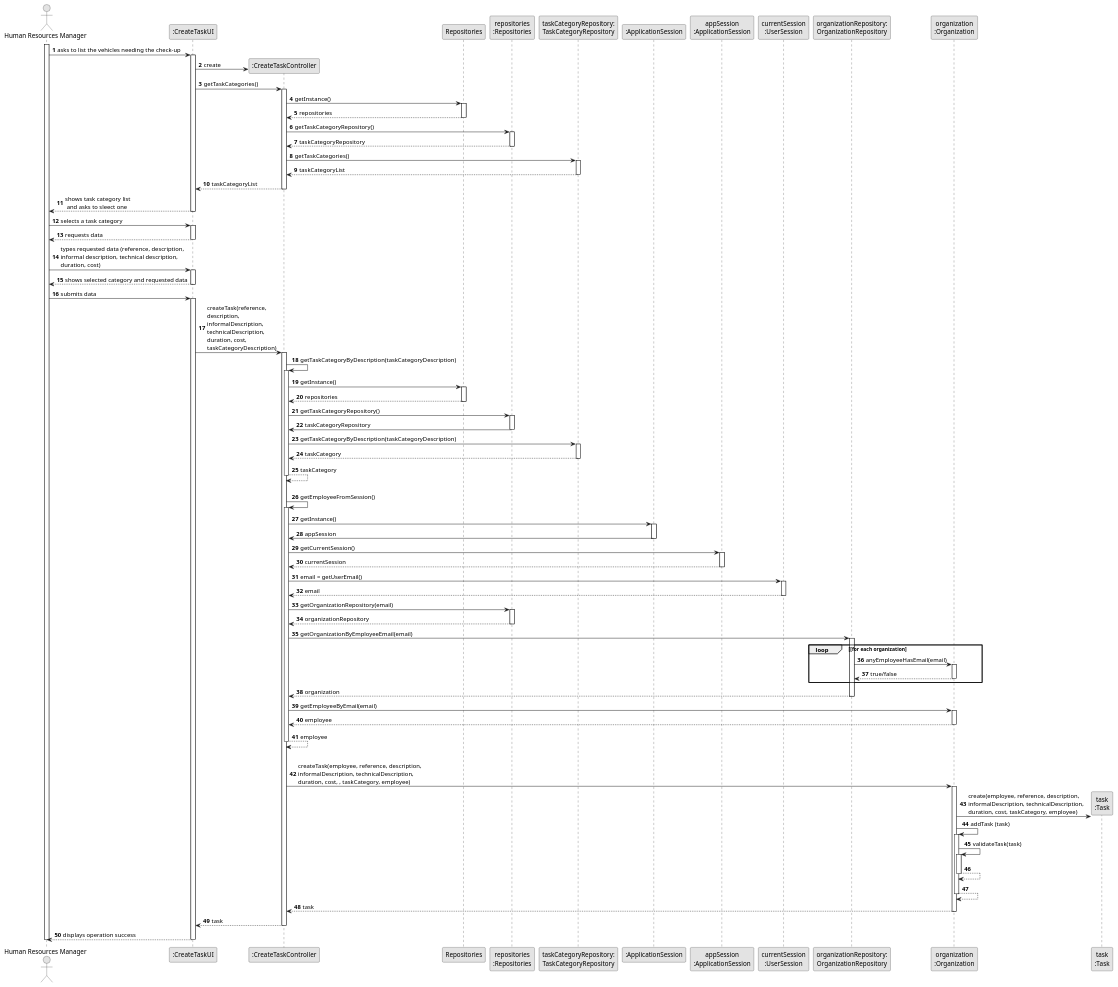
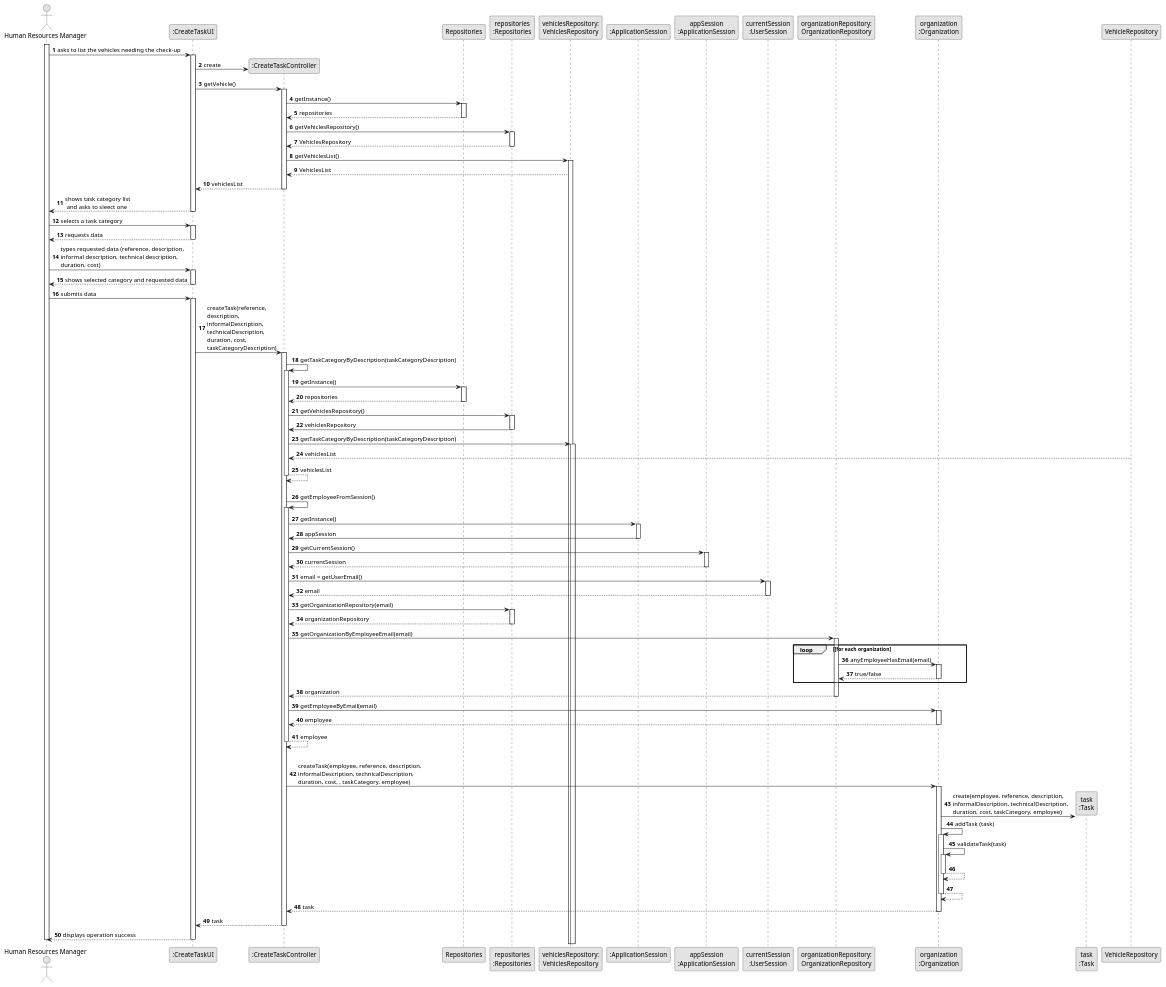
One commit to Departamento-de-Engenharia-Informatica/lei-24-s2-1dl-g121 changed the diagram in docs/sprintB/us008/03.design/puml/us008-sequence-diagram-full.puml. Above: the diagram before and after it, drawn with PlantUML. The commit also changed 2 other files, not shown here.

```diff
--- a/docs/sprintB/us008/03.design/puml/us008-sequence-diagram-full.puml
+++ b/docs/sprintB/us008/03.design/puml/us008-sequence-diagram-full.puml
@@ -1,180 +1,180 @@
 @startuml
 skinparam monochrome true
 skinparam packageStyle rectangle
 skinparam shadowing false
 
 autonumber
 
 'hide footbox
 actor "Human Resources Manager" as ADM
 participant ":CreateTaskUI" as UI
 participant ":CreateTaskController" as CTRL
 participant "Repositories" as RepositorySingleton
 participant "repositories\n:Repositories" as PLAT
-participant "taskCategoryRepository:\nTaskCategoryRepository" as TaskCategoryRepository
+participant "vehiclesRepository:\nVehiclesRepository" as VehiclesRepository
 participant ":ApplicationSession" as _APP
 participant "appSession\n:ApplicationSession" as APP
 participant "currentSession\n:UserSession" as SESSAO
 participant "organizationRepository:\nOrganizationRepository" as OrganizationRepository
 participant "organization\n:Organization" as ORG
 participant "task\n:Task" as TAREFA
 
 activate ADM
 
         ADM -> UI : asks to list the vehicles needing the check-up
 
         activate UI
 
 '            UI --> ADM : requests data (reference, description,  informal \n description, technical description, duration, cost)
             'create CTRL
             UI -> CTRL** : create
 
-            UI -> CTRL : getTaskCategories()
+            UI -> CTRL : getVehicle()
             activate CTRL
 
                 CTRL -> RepositorySingleton : getInstance()
                 activate RepositorySingleton
 
                     RepositorySingleton --> CTRL: repositories
                 deactivate RepositorySingleton
 
-                CTRL -> PLAT : getTaskCategoryRepository()
+                CTRL -> PLAT : getVehiclesRepository()
                 activate PLAT
 
-                    PLAT --> CTRL: taskCategoryRepository
+                    PLAT --> CTRL: VehiclesRepository
                 deactivate PLAT
 
-                CTRL -> TaskCategoryRepository : getTaskCategories()
-                activate TaskCategoryRepository
+                CTRL -> VehiclesRepository : getVehiclesList()
+                activate VehiclesRepository
 
-                    TaskCategoryRepository --> CTRL : taskCategoryList
-                deactivate TaskCategoryRepository
+                    VehiclesRepository --> CTRL : VehiclesList
+                deactivate VehicleRepository
 
-                CTRL --> UI : taskCategoryList
+                CTRL --> UI : vehiclesList
             deactivate CTRL
 
             UI --> ADM : shows task category list\n and asks to sleect one
         deactivate UI
 
     ADM -> UI : selects a task category
     activate UI
 
         UI --> ADM : requests data
     deactivate UI
 
     ADM -> UI : types requested data (reference, description, \ninformal description, technical description,\nduration, cost)
     activate UI
 
         UI --> ADM : shows selected category and requested data
     deactivate UI
 
     ADM -> UI : submits data
     activate UI
 
         UI -> CTRL : createTask(reference,\ndescription,\ninformalDescription,\ntechnicalDescription,\nduration, cost,\ntaskCategoryDescription)
         activate CTRL
 
             CTRL -> CTRL : getTaskCategoryByDescription(taskCategoryDescription)
             activate CTRL
 
                 CTRL -> RepositorySingleton : getInstance()
                 activate RepositorySingleton
 
                     RepositorySingleton --> CTRL: repositories
                 deactivate RepositorySingleton
 
-                CTRL -> PLAT : getTaskCategoryRepository()
+                CTRL -> PLAT : getVehiclesRepository()
                 activate PLAT
 
-                    PLAT -> CTRL : taskCategoryRepository
+                    PLAT -> CTRL : vehiclesRepository
                 deactivate PLAT
 
-                CTRL -> TaskCategoryRepository : getTaskCategoryByDescription(taskCategoryDescription)
-                activate TaskCategoryRepository
+                CTRL -> VehiclesRepository : getTaskCategoryByDescription(taskCategoryDescription)
+                activate VehiclesRepository
 
-                    TaskCategoryRepository --> CTRL : taskCategory
-                deactivate TaskCategoryRepository
-                    CTRL --> CTRL : taskCategory
+                    VehicleRepository --> CTRL : vehiclesList
+                deactivate VehicleRepository
+                    CTRL --> CTRL : vehiclesList
             deactivate CTRL
 
             |||
             CTRL -> CTRL : getEmployeeFromSession()
             activate CTRL
 
                 CTRL -> _APP: getInstance()
                 activate _APP
                     _APP -> CTRL: appSession
                 deactivate _APP
 
 
                 CTRL -> APP: getCurrentSession()
                 activate APP
 
                     APP --> CTRL: currentSession
                 deactivate APP
 
                 CTRL -> SESSAO: email = getUserEmail()
                 activate SESSAO
 
                     SESSAO --> CTRL: email
                 deactivate SESSAO
 
 
                 CTRL -> PLAT: getOrganizationRepository(email)
                 activate PLAT
 
                     PLAT --> CTRL: organizationRepository
                 deactivate PLAT
 
 
                 CTRL -> OrganizationRepository: getOrganizationByEmployeeEmail(email)
                 activate OrganizationRepository
 
                     loop [for each organization
                         OrganizationRepository -> ORG : anyEmployeeHasEmail(email)
                         activate ORG
 
                              ORG --> OrganizationRepository : true/false
                         deactivate ORG
                     end
                     OrganizationRepository --> CTRL : organization
                 deactivate OrganizationRepository
 
                 CTRL -> ORG: getEmployeeByEmail(email)
                 activate ORG
 
                     ORG --> CTRL : employee
                 deactivate ORG
 
                 CTRL --> CTRL : employee
             deactivate CTRL
 
             |||
             CTRL -> ORG: createTask(employee, reference, description,\ninformalDescription, technicalDescription,\nduration, cost, , taskCategory, employee)
             activate ORG
 
                 ORG -> TAREFA**: create(employee, reference, description,\ninformalDescription, technicalDescription,\nduration, cost, taskCategory, employee)
                 ORG -> ORG: addTask (task)
 
 
                 activate ORG
                     ORG -> ORG: validateTask(task)
                     activate ORG
                         ORG --> ORG
                     deactivate ORG
 
                     ORG --> ORG
                 deactivate ORG
 
                 ORG --> CTRL : task
 
             deactivate ORG
 
             CTRL --> UI: task
             deactivate CTRL
             UI --> ADM: displays operation success
     deactivate UI
 
 deactivate ADM
 
 @enduml
```
